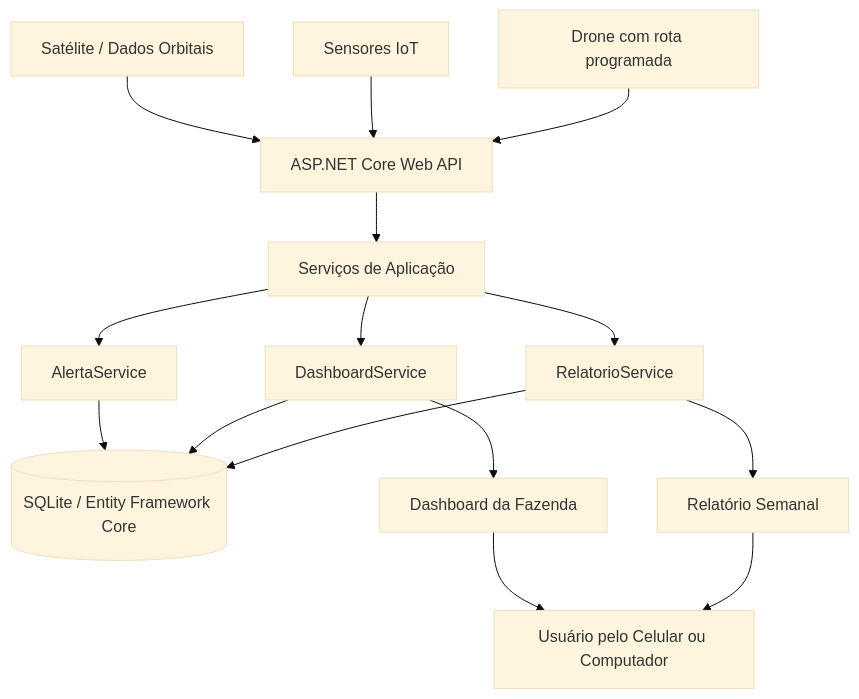
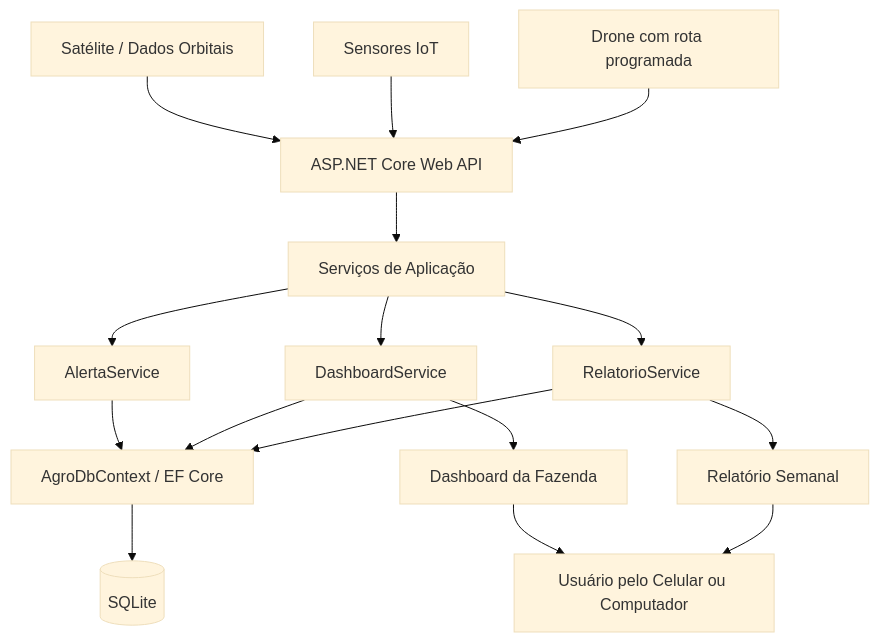
One commit to Luiza122/GSAPI changed the diagram in README.md. Above: the diagram before and after it, drawn with Mermaid (base theme).

Commit message:
Atualiza diagrama de arquitetura no README

````diff
--- a/README.md
+++ b/README.md
@@ -600,20 +600,23 @@
 ```mermaid
 flowchart TD
     A[Satélite / Dados Orbitais] --> B[ASP.NET Core Web API]
     C[Sensores IoT] --> B
     D[Drone com rota programada] --> B
 
     B --> E[Serviços de Aplicação]
     E --> F[AlertaService]
     E --> G[DashboardService]
     E --> H[RelatorioService]
 
-    F --> I[(SQLite / Entity Framework Core)]
+    F --> I[AgroDbContext / EF Core]
     G --> I
     H --> I
 
-    G --> J[Dashboard da Fazenda]
-    H --> K[Relatório Semanal]
-    J --> L[Usuário pelo Celular ou Computador]
-    K --> L
+    I --> J[(SQLite)]
+
+    G --> K[Dashboard da Fazenda]
+    H --> L[Relatório Semanal]
+
+    K --> M[Usuário pelo Celular ou Computador]
+    L --> M
 ```
````
